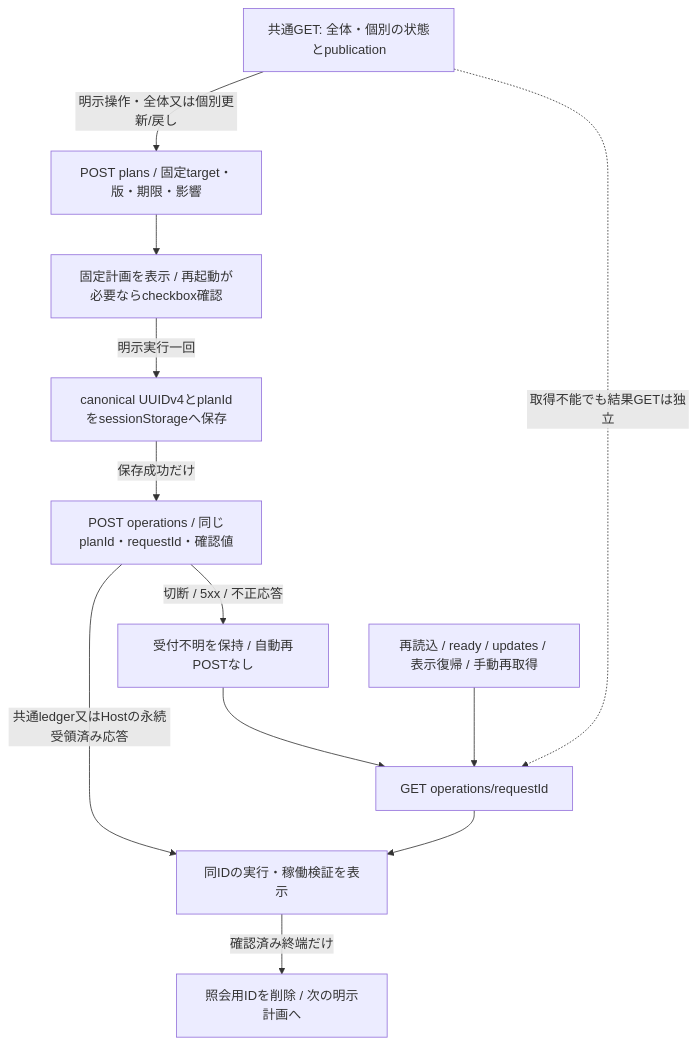
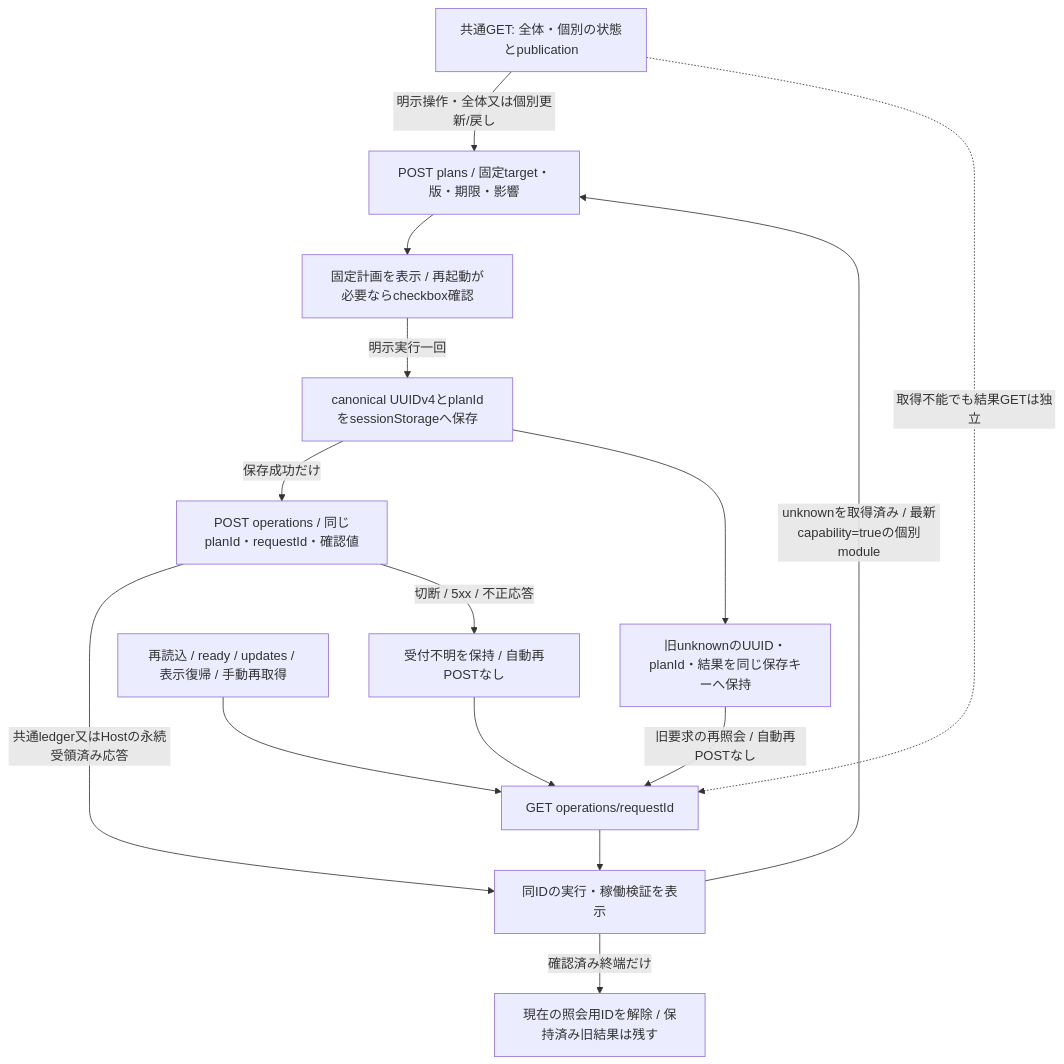
The first of 3 diagrams in docs/architecture/modules/web/update-notice-design.md (kitepon/BellTeam), drawn with Mermaid before and after one commit. The commit also changed other lines of this file and 3 other files, not shown here.

````diff
--- a/docs/architecture/modules/web/update-notice-design.md
+++ b/docs/architecture/modules/web/update-notice-design.md
@@ -69,14 +69,17 @@
 ```mermaid
 flowchart TD
   Inventory["共通GET: 全体・個別の状態とpublication"] -->|"明示操作・全体又は個別更新/戻し"| Plan["POST plans / 固定target・版・期限・影響"]
   Plan --> Inspect["固定計画を表示 / 再起動が必要ならcheckbox確認"]
   Inspect -->|"明示実行一回"| Save["canonical UUIDv4とplanIdをsessionStorageへ保存"]
   Save -->|"保存成功だけ"| Start["POST operations / 同じplanId・requestId・確認値"]
   Start -->|"共通ledger又はHostの永続受領済み応答"| Result["同IDの実行・稼働検証を表示"]
   Start -->|"切断 / 5xx / 不正応答"| Unknown["受付不明を保持 / 自動再POSTなし"]
   Unknown --> Read["GET operations/requestId"]
   Reload["再読込 / ready / updates / 表示復帰 / 手動再取得"] --> Read
   Read --> Result
   Inventory -.->|"取得不能でも結果GETは独立"| Read
-  Result -->|"確認済み終端だけ"| Clear["照会用IDを削除 / 次の明示計画へ"]
+  Result -->|"確認済み終端だけ"| Clear["現在の照会用IDを解除 / 保持済み旧結果は残す"]
+  Result -->|"unknownを取得済み / 最新capability=trueの個別module"| Plan
+  Save --> Keep["旧unknownのUUID・planId・結果を同じ保存キーへ保持"]
+  Keep -->|"旧要求の再照会 / 自動再POSTなし"| Read
 ```
````
